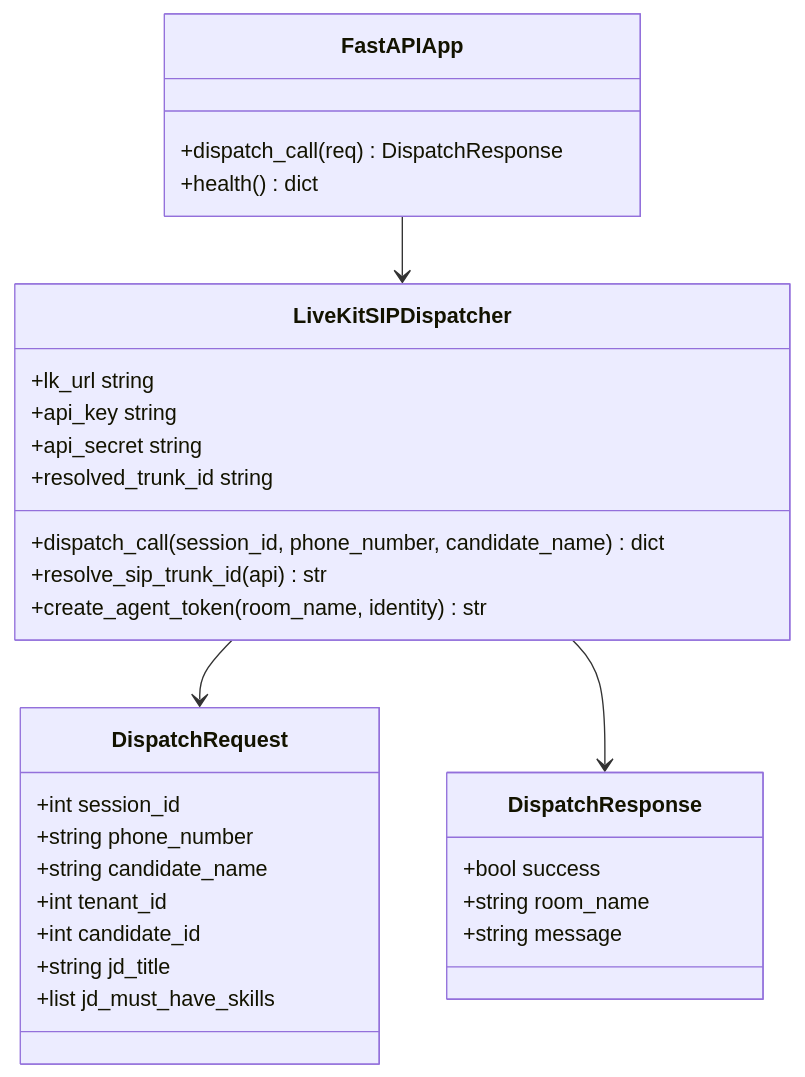
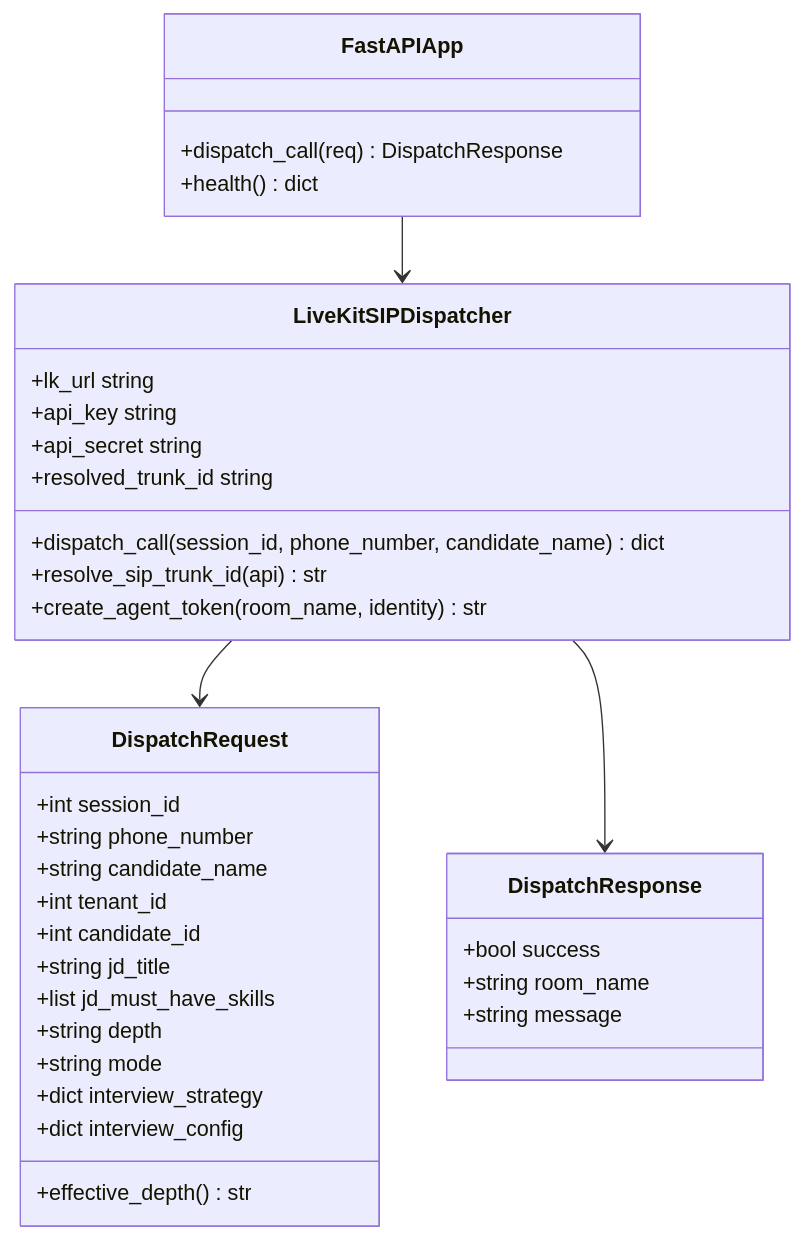
The second of 19 diagrams in .qoder/repowiki/en/content/Advanced Topics/Voice Agent Conversation System.md (Revanththetalogics/aireume), drawn with Mermaid before and after one commit. The commit also changed other lines of this file and 32 other files, not shown here.

````diff
--- a/.qoder/repowiki/en/content/Advanced Topics/Voice Agent Conversation System.md
+++ b/.qoder/repowiki/en/content/Advanced Topics/Voice Agent Conversation System.md
@@ -149,33 +155,38 @@
 ```mermaid
 classDiagram
 class LiveKitSIPDispatcher {
 +dispatch_call(session_id, phone_number, candidate_name) dict
 +resolve_sip_trunk_id(api) str
 +create_agent_token(room_name, identity) str
 +lk_url string
 +api_key string
 +api_secret string
 +resolved_trunk_id string
 }
 class DispatchRequest {
 +int session_id
 +string phone_number
 +string candidate_name
 +int tenant_id
 +int candidate_id
 +string jd_title
 +list jd_must_have_skills
++string depth
++string mode
++dict interview_strategy
++dict interview_config
++effective_depth() str
 }
 class DispatchResponse {
 +bool success
 +string room_name
 +string message
 }
 class FastAPIApp {
 +dispatch_call(req) DispatchResponse
 +health() dict
 }
 LiveKitSIPDispatcher --> DispatchRequest
 LiveKitSIPDispatcher --> DispatchResponse
 FastAPIApp --> LiveKitSIPDispatcher
 ```
````
